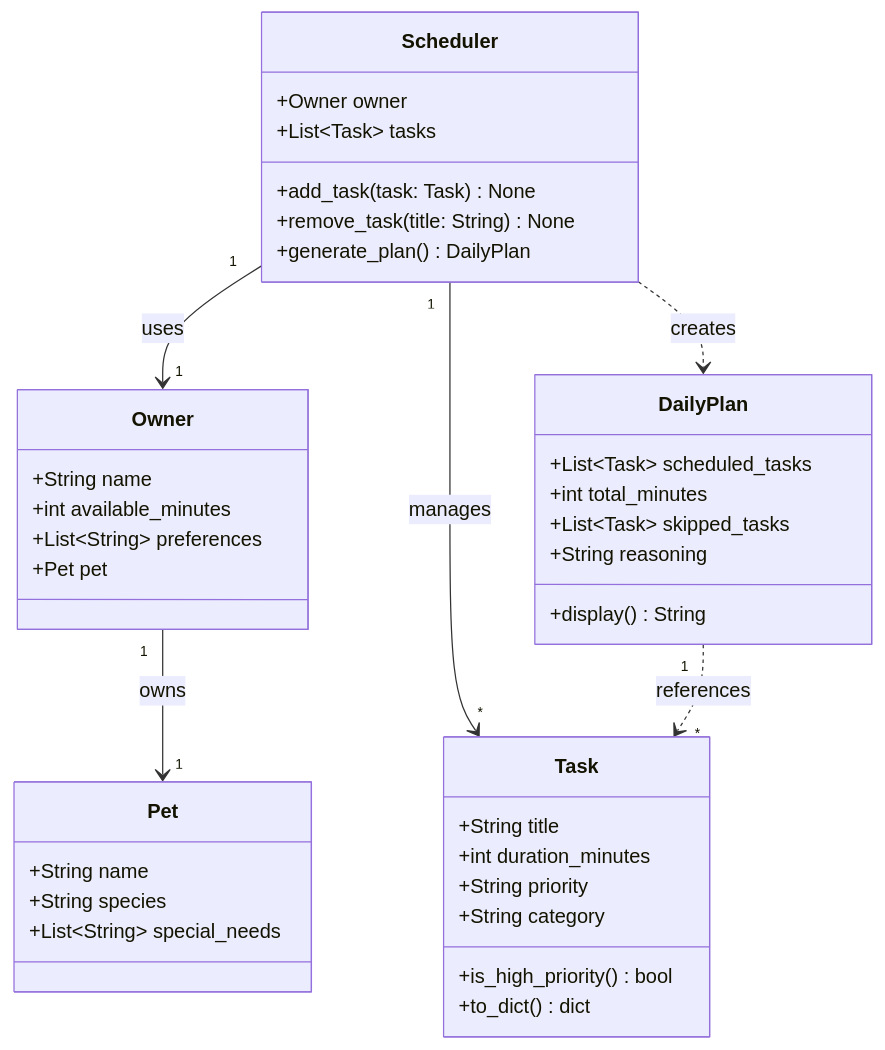
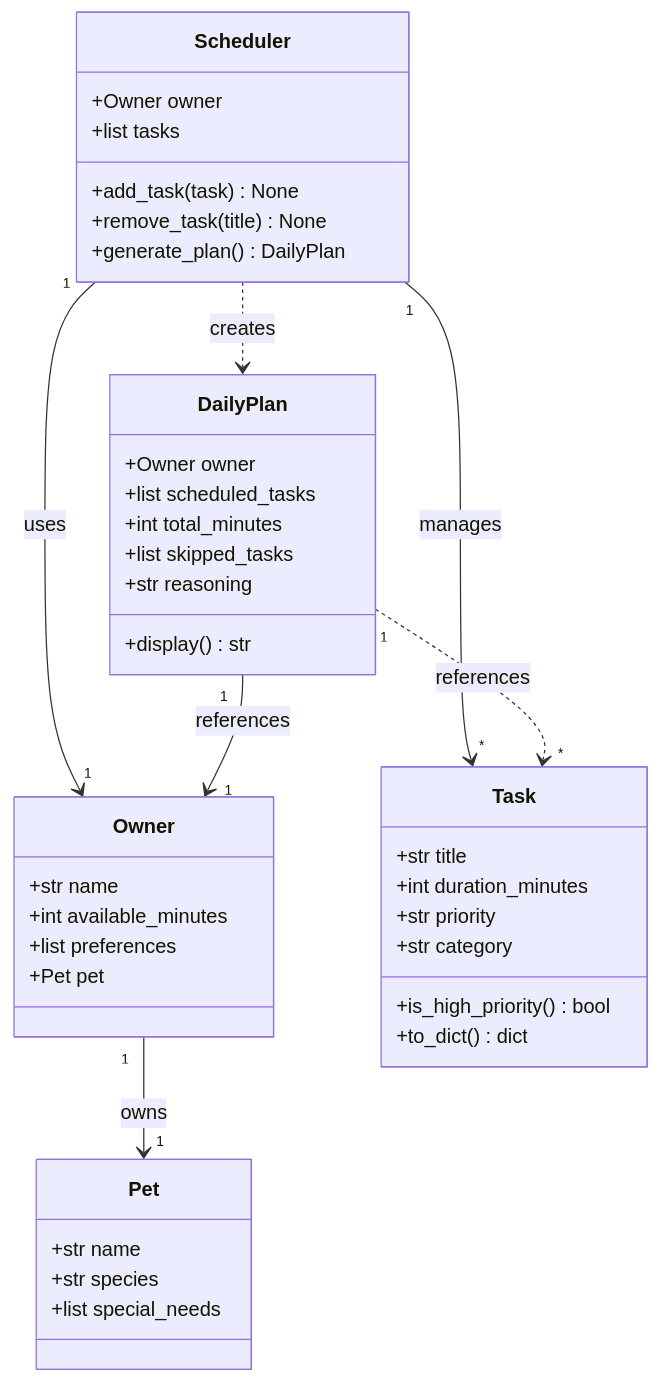
One commit to funny1dog/ai110-module2show-pawpal-starter changed the diagram in reflection.md. Above: the diagram before and after it, drawn with Mermaid. The commit also changed other lines of this file and 5 other files, not shown here.

````diff
--- a/reflection.md
+++ b/reflection.md
@@ -41,46 +41,48 @@
 ```mermaid
 classDiagram
     class Owner {
-        +String name
+        +str name
         +int available_minutes
-        +List~String~ preferences
+        +list preferences
         +Pet pet
     }
 
     class Pet {
-        +String name
-        +String species
-        +List~String~ special_needs
+        +str name
+        +str species
+        +list special_needs
     }
 
     class Task {
-        +String title
+        +str title
         +int duration_minutes
-        +String priority
-        +String category
+        +str priority
+        +str category
         +is_high_priority() bool
         +to_dict() dict
     }
 
     class Scheduler {
         +Owner owner
-        +List~Task~ tasks
-        +add_task(task: Task) None
-        +remove_task(title: String) None
+        +list tasks
+        +add_task(task) None
+        +remove_task(title) None
         +generate_plan() DailyPlan
     }
 
     class DailyPlan {
-        +List~Task~ scheduled_tasks
+        +Owner owner
+        +list scheduled_tasks
         +int total_minutes
-        +List~Task~ skipped_tasks
-        +String reasoning
-        +display() String
+        +list skipped_tasks
+        +str reasoning
+        +display() str
     }
 
     Owner "1" --> "1" Pet : owns
     Scheduler "1" --> "1" Owner : uses
     Scheduler "1" --> "*" Task : manages
     Scheduler ..> DailyPlan : creates
+    DailyPlan "1" --> "1" Owner : references
     DailyPlan "1" ..> "*" Task : references
 ```
````
